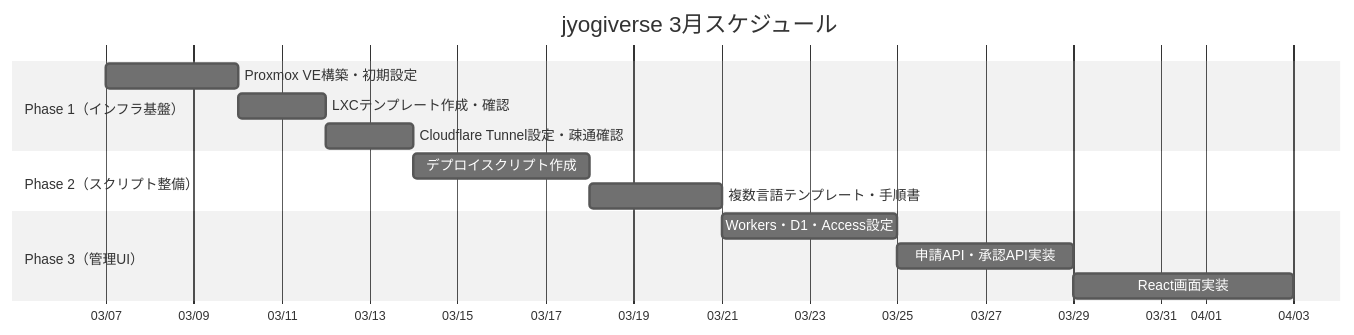
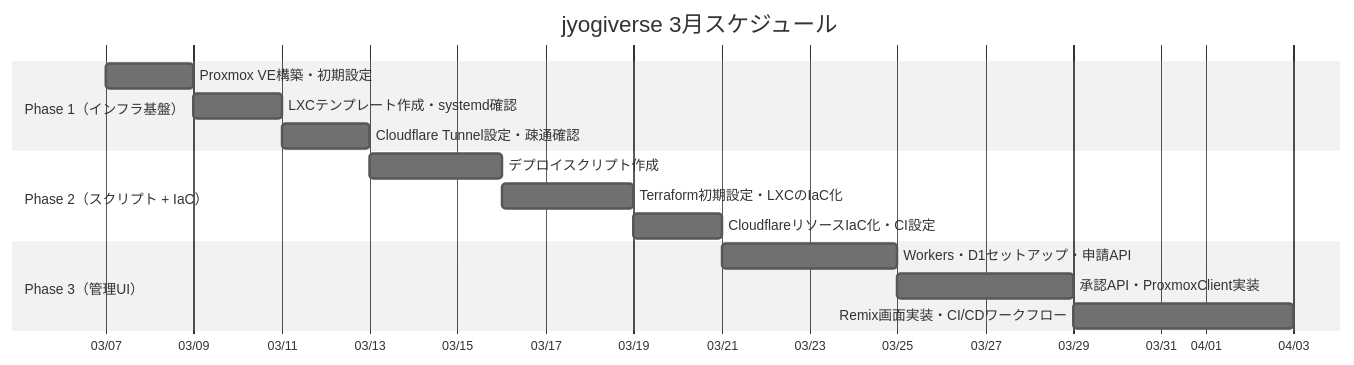
One commit to Yanai1005/jyogiverse changed the diagram in docs/09_schedule_and_issues_md.md. Above: the diagram before and after it, drawn with Mermaid (neutral theme). The commit also changed other lines of this file and 8 other files, not shown here.

````diff
--- a/docs/09_schedule_and_issues_md.md
+++ b/docs/09_schedule_and_issues_md.md
@@ -133,20 +152,21 @@
 ```mermaid
 gantt
     title jyogiverse 3月スケジュール
     dateFormat YYYY-MM-DD
     axisFormat %m/%d
 
     section Phase 1（インフラ基盤）
-    Proxmox VE構築・初期設定    :p1a, 2026-03-07, 3d
-    LXCテンプレート作成・確認      :p1b, after p1a, 2d
-    Cloudflare Tunnel設定・疎通確認 :p1c, after p1b, 2d
+    Proxmox VE構築・初期設定        :p1a, 2026-03-07, 2d
+    LXCテンプレート作成・systemd確認   :p1b, after p1a, 2d
+    Cloudflare Tunnel設定・疎通確認  :p1c, after p1b, 2d
 
-    section Phase 2（スクリプト整備）
-    デプロイスクリプト作成          :p2a, after p1c, 4d
-    複数言語テンプレート・手順書      :p2b, after p2a, 3d
+    section Phase 2（スクリプト + IaC）
+    デプロイスクリプト作成             :p2a, after p1c, 3d
+    Terraform初期設定・LXCのIaC化    :p2b, after p2a, 3d
+    CloudflareリソースIaC化・CI設定   :p2c, after p2b, 2d
 
     section Phase 3（管理UI）
-    Workers・D1・Access設定      :p3a, after p2b, 4d
-    申請API・承認API実装          :p3b, after p3a, 4d
-    React画面実装               :p3c, after p3b, 5d
+    Workers・D1セットアップ・申請API  :p3a, after p2c, 4d
+    承認API・ProxmoxClient実装     :p3b, after p3a, 4d
+    Remix画面実装・CI/CDワークフロー  :p3c, after p3b, 5d
 ```
````
